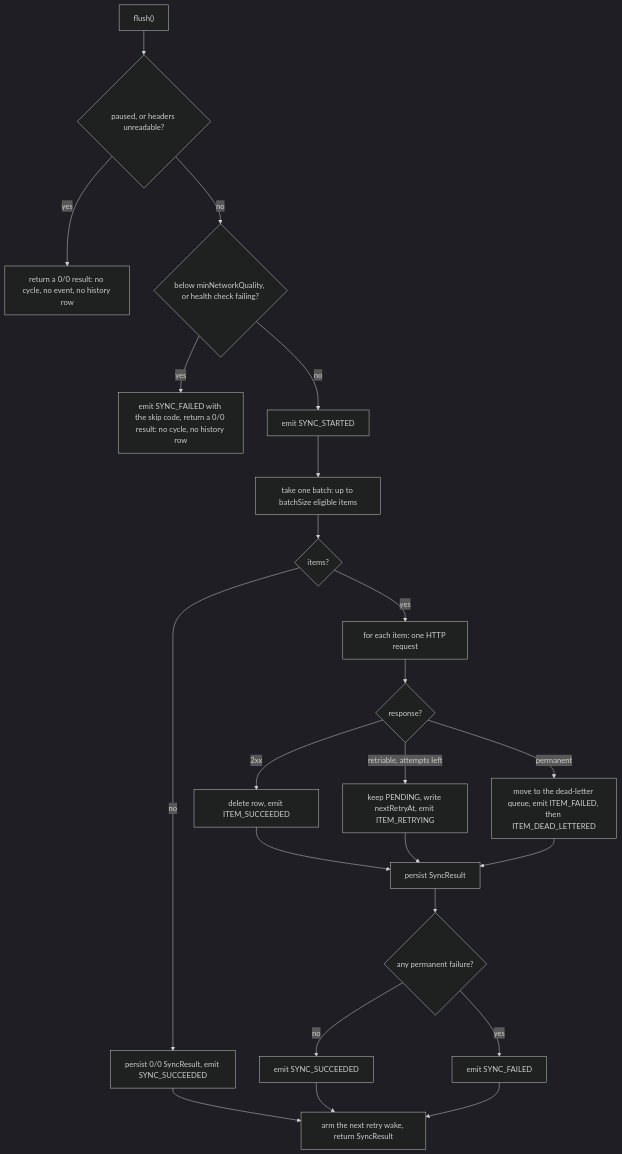
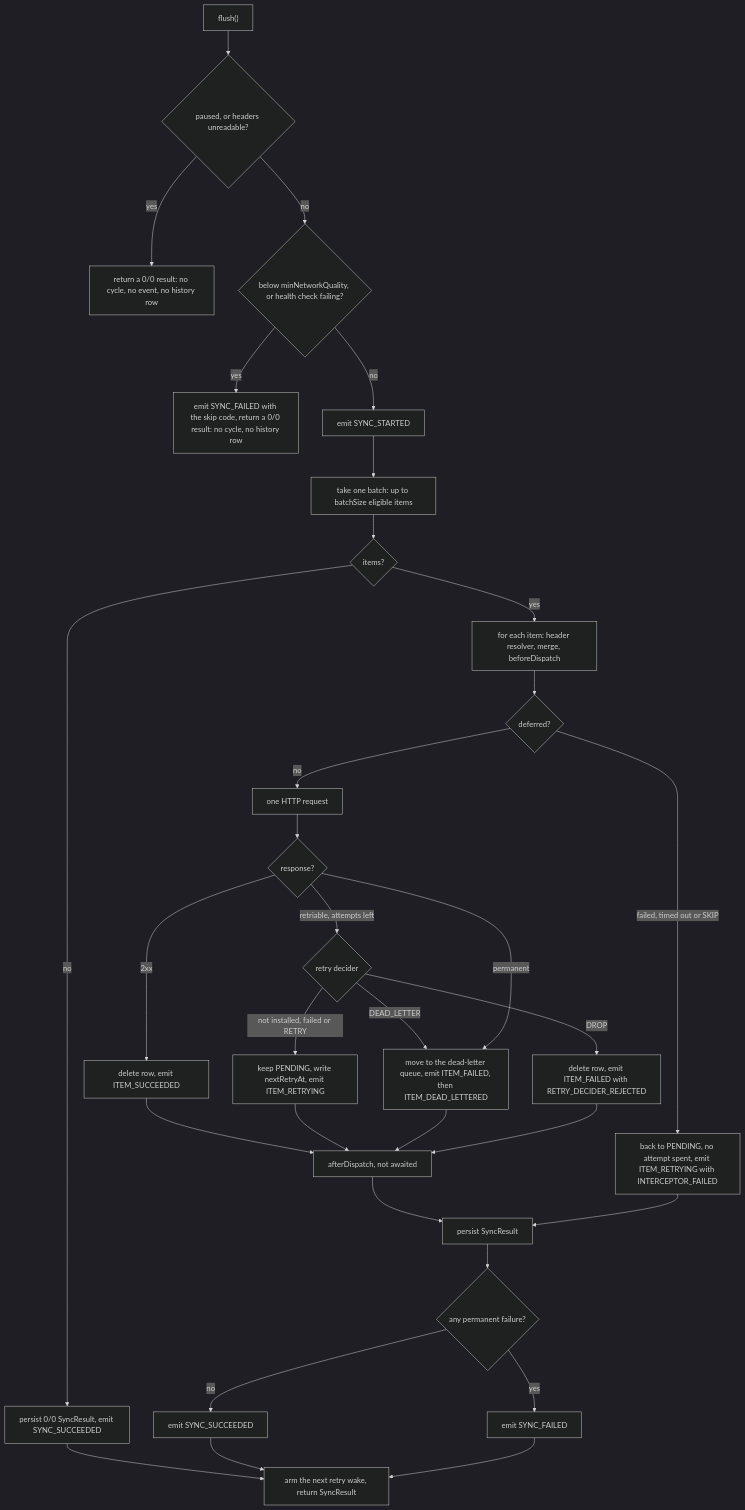
Before and after one commit to gabriel-sisjr/react-native-sync-provider: the third of 7 diagrams in website/docs/architecture/data-flow.md, drawn with Mermaid (dark theme). The commit also changed other lines of this file and 25 other files, not shown here.

First line of the commit message:
docs(website): document the retry decider and the dispatch interceptors

````diff
--- a/website/docs/architecture/data-flow.md
+++ b/website/docs/architecture/data-flow.md
@@ -80,25 +80,34 @@
 ```mermaid
 flowchart TD
     A["flush()"] --> B{paused, or headers unreadable?}
     B -- yes --> Z["return a 0/0 result: no cycle, no event, no history row"]
     B -- no --> Q{below minNetworkQuality, or health check failing?}
     Q -- yes --> Y["emit SYNC_FAILED with the skip code, return a 0/0 result: no cycle, no history row"]
     Q -- no --> C[emit SYNC_STARTED]
     C --> D["take one batch: up to batchSize eligible items"]
     D --> E{items?}
     E -- no --> F["persist 0/0 SyncResult, emit SYNC_SUCCEEDED"]
-    E -- yes --> G["for each item: one HTTP request"]
-    G --> H{response?}
+    E -- yes --> G["for each item: header resolver, merge, beforeDispatch"]
+    G --> S{deferred?}
+    S -- failed, timed out or SKIP --> T["back to PENDING, no attempt spent, emit ITEM_RETRYING with INTERCEPTOR_FAILED"]
+    S -- no --> R[one HTTP request]
+    R --> H{response?}
     H -- 2xx --> I[delete row, emit ITEM_SUCCEEDED]
-    H -- retriable, attempts left --> J[keep PENDING, write nextRetryAt, emit ITEM_RETRYING]
+    H -- retriable, attempts left --> V{retry decider}
+    V -- not installed, failed or RETRY --> J[keep PENDING, write nextRetryAt, emit ITEM_RETRYING]
+    V -- DEAD_LETTER --> K
+    V -- DROP --> X["delete row, emit ITEM_FAILED with RETRY_DECIDER_REJECTED"]
     H -- permanent --> K[move to the dead-letter queue, emit ITEM_FAILED, then ITEM_DEAD_LETTERED]
-    I --> L[persist SyncResult]
-    J --> L
-    K --> L
+    I --> W["afterDispatch, not awaited"]
+    J --> W
+    K --> W
+    X --> W
+    W --> L[persist SyncResult]
+    T --> L
     L --> M{any permanent failure?}
     M -- no --> N[emit SYNC_SUCCEEDED]
     M -- yes --> O[emit SYNC_FAILED]
     F --> P[arm the next retry wake, return SyncResult]
     N --> P
     O --> P
 ```
````
